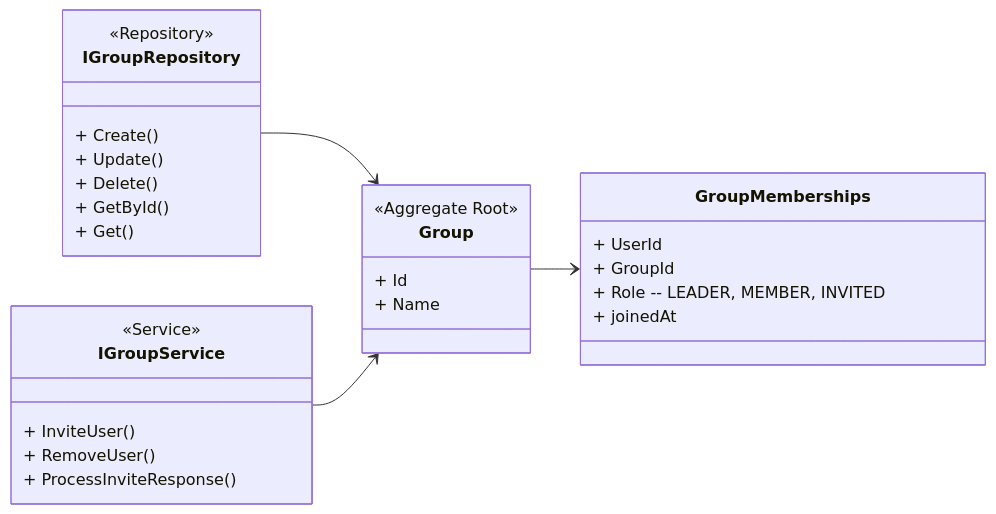
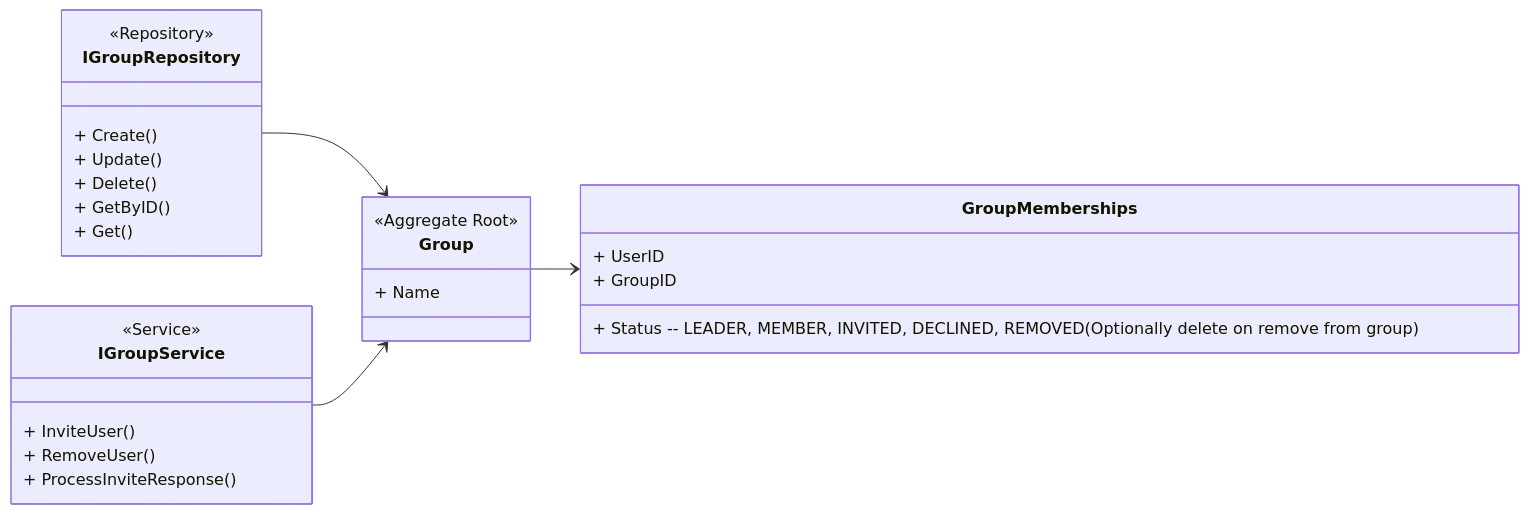
One commit to JoachimTislov/foodsavr changed the fourth of 10 diagrams in docs/relations.md. Above: the diagram before and after it, drawn with Mermaid. The commit also changed other lines of this file and 4 other files, not shown here.

````diff
--- a/docs/relations.md
+++ b/docs/relations.md
@@ -80,37 +109,35 @@
 ```mermaid
 classDiagram
     direction LR
 
     class IGroupRepository {
         <<Repository>>
         + Create()
         + Update()
         + Delete()
-        + GetById()
+        + GetByID()
         + Get()
     }
 
     class IGroupService {
         <<Service>>
         + InviteUser()
         + RemoveUser()
         + ProcessInviteResponse()
     }
 
     class Group {
         <<Aggregate Root>>
-        + Id
         + Name
     }
 
     class GroupMemberships {
-        + UserId
-        + GroupId
-        + Role -- LEADER, MEMBER, INVITED
-        + joinedAt
+        + UserID
+        + GroupID
+        + Status -- LEADER, MEMBER, INVITED, DECLINED, REMOVED (Optionally delete on remove from group)
     }
 
     IGroupRepository --> Group
     IGroupService --> Group
     Group --> GroupMemberships
 ```
````
